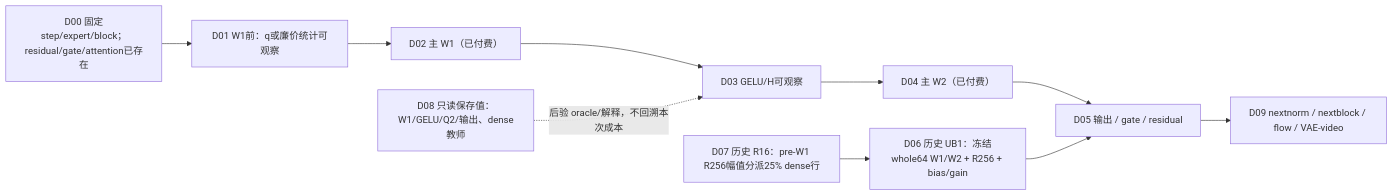
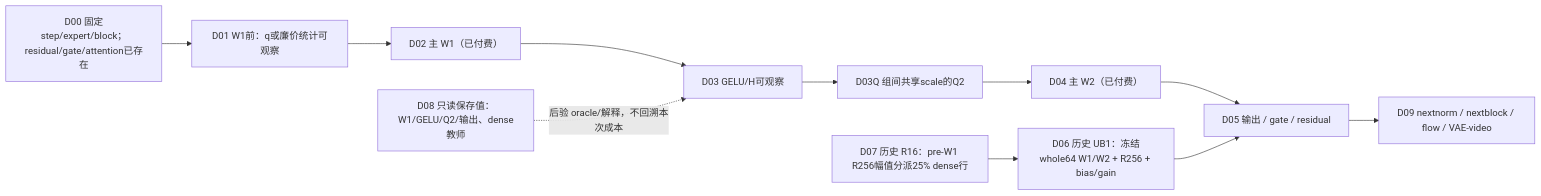
The fourth of 5 diagrams in docs/98_端到端计算图与证据注解_20261025.md (Qesire/FFNDS), drawn with Mermaid before and after one commit. The commit also changed other lines of this file, not shown here.

Commit message:
docs: extend FFN source graph with E0 shared-token, Q2 dependency and separate W1/W2 cost branches

```diff
--- a/docs/98_端到端计算图与证据注解_20261025.md
+++ b/docs/98_端到端计算图与证据注解_20261025.md
@@ -145,10 +146,10 @@
 ~~~mermaid
 flowchart LR
   Z0["D00 固定step/expert/block；residual/gate/attention已存在"] --> Z1["D01 W1前：q或廉价统计可观察"]
-  Z1 --> W1["D02 主 W1（已付费）"] --> H["D03 GELU/H可观察"] --> W2["D04 主 W2（已付费）"] --> Y["D05 输出 / gate / residual"]
+  Z1 --> W1["D02 主 W1（已付费）"] --> H["D03 GELU/H可观察"] --> Q2G["D03Q 组间共享scale的Q2"] --> W2["D04 主 W2（已付费）"] --> Y["D05 输出 / gate / residual"]
   HIST["D06 历史 UB1：冻结whole64 W1/W2 + R256 + bias/gain"] --> Y
   ROUTE["D07 历史 R16：pre-W1 R256幅值分派25% dense行"] --> HIST
   S0["D08 只读保存值：W1/GELU/Q2/输出、dense教师"] -. "后验 oracle/解释，不回溯本次成本" .-> H
   OUT["D09 nextnorm / nextblock / flow / VAE-video"] 
   Y --> OUT
 ~~~
```
